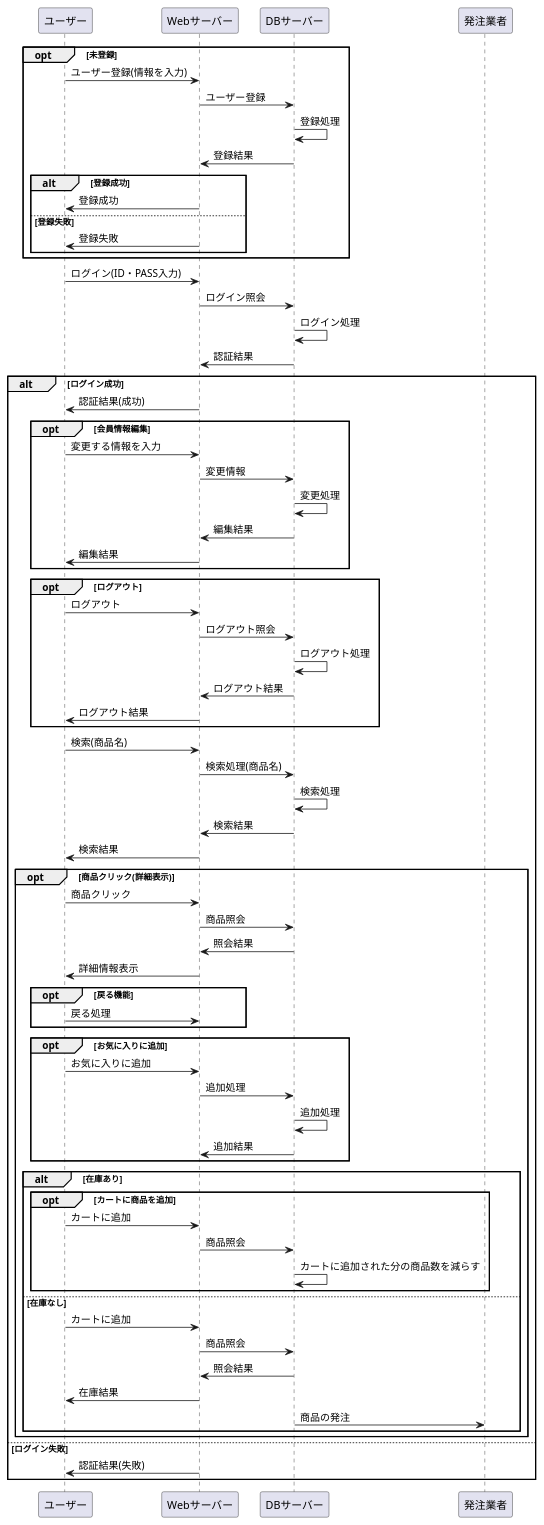
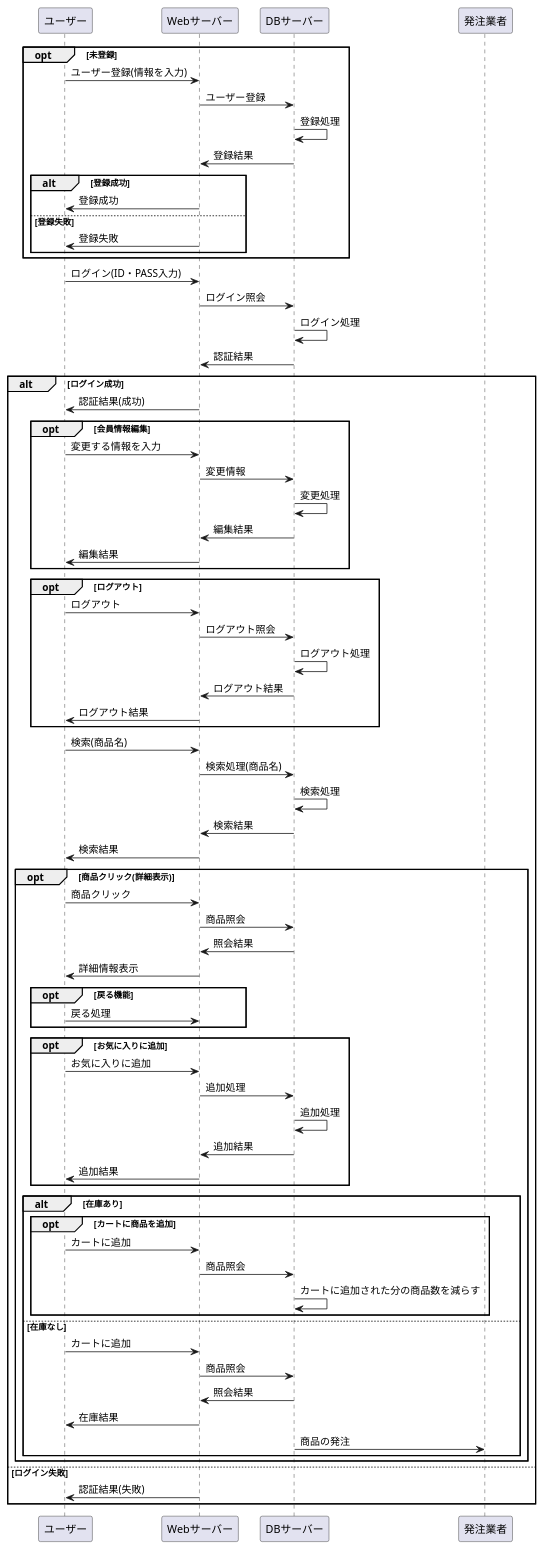
The diagram in Rainbows/業務フロー3.md (Aso2001174/2021sys-design), drawn with PlantUML before and after one commit.

````diff
--- a/Rainbows/業務フロー3.md
+++ b/Rainbows/業務フロー3.md
@@ -1,78 +1,79 @@
 ```uml
 @startuml
 opt 未登録
 ユーザー -> Webサーバー : ユーザー登録(情報を入力)
 Webサーバー -> DBサーバー : ユーザー登録
 DBサーバー -> DBサーバー : 登録処理
 DBサーバー -> Webサーバー : 登録結果
 
 alt 登録成功
 Webサーバー -> ユーザー : 登録成功
 else 登録失敗
 Webサーバー -> ユーザー : 登録失敗
 end
 end
 
 ユーザー -> Webサーバー : ログイン(ID・PASS入力)
 Webサーバー -> DBサーバー : ログイン照会
 DBサーバー -> DBサーバー : ログイン処理
 DBサーバー -> Webサーバー : 認証結果
 
 alt ログイン成功
 Webサーバー -> ユーザー : 認証結果(成功)
 
 opt 会員情報編集
 ユーザー -> Webサーバー : 変更する情報を入力
 Webサーバー -> DBサーバー :変更情報
 DBサーバー -> DBサーバー : 変更処理
 DBサーバー -> Webサーバー : 編集結果
 Webサーバー -> ユーザー : 編集結果
 end
 
 opt ログアウト
 ユーザー -> Webサーバー : ログアウト
 Webサーバー -> DBサーバー : ログアウト照会
 DBサーバー -> DBサーバー : ログアウト処理
 DBサーバー -> Webサーバー : ログアウト結果
 Webサーバー -> ユーザー : ログアウト結果
 end
 
 ユーザー -> Webサーバー : 検索(商品名)
 Webサーバー -> DBサーバー : 検索処理(商品名)
 DBサーバー -> DBサーバー : 検索処理
 DBサーバー -> Webサーバー : 検索結果
 Webサーバー -> ユーザー : 検索結果
 
 opt 商品クリック(詳細表示)
 ユーザー -> Webサーバー : 商品クリック
 Webサーバー -> DBサーバー : 商品照会
 DBサーバー -> Webサーバー : 照会結果
 Webサーバー -> ユーザー : 詳細情報表示
 opt 戻る機能
 ユーザー -> Webサーバー : 戻る処理
 end
 opt お気に入りに追加
 ユーザー -> Webサーバー : お気に入りに追加
 Webサーバー -> DBサーバー : 追加処理
 DBサーバー -> DBサーバー : 追加処理
 DBサーバー -> Webサーバー : 追加結果
+Webサーバー -> ユーザー : 追加結果
 end
 alt 在庫あり
 opt カートに商品を追加
 ユーザー -> Webサーバー : カートに追加
 Webサーバー -> DBサーバー : 商品照会
 DBサーバー -> DBサーバー : カートに追加された分の商品数を減らす
 end
 else 在庫なし
 ユーザー -> Webサーバー : カートに追加
 Webサーバー -> DBサーバー : 商品照会
 DBサーバー -> Webサーバー : 照会結果
 Webサーバー -> ユーザー : 在庫結果
 DBサーバー -> 発注業者 : 商品の発注
 end
 end
 else ログイン失敗
 Webサーバー -> ユーザー : 認証結果(失敗)
 end
 @enduml
 ```
````
